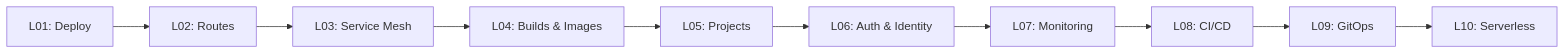
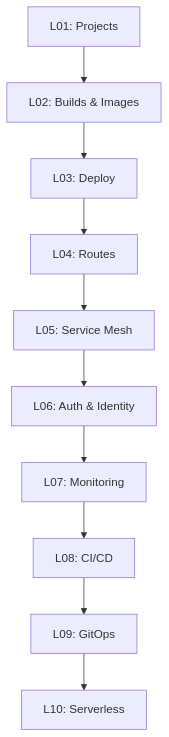
Before and after one commit to lukaskellerstein/openshift-tutorial: the diagram in README.md, drawn with Mermaid. The commit also changed other lines of this file and 129 other files, not shown here.

````diff
--- a/README.md
+++ b/README.md
@@ -21,12 +21,12 @@
 ```mermaid
-graph LR
-    L01[L01: Deploy] --> L02[L02: Routes]
-    L02 --> L03[L03: Service Mesh]
-    L03 --> L04[L04: Builds & Images]
-    L04 --> L05[L05: Projects]
+graph TD
+    L01[L01: Projects] --> L02[L02: Builds & Images]
+    L02 --> L03[L03: Deploy]
+    L03 --> L04[L04: Routes]
+    L04 --> L05[L05: Service Mesh]
     L05 --> L06[L06: Auth & Identity]
     L06 --> L07[L07: Monitoring]
     L07 --> L08[L08: CI/CD]
     L08 --> L09[L09: GitOps]
     L09 --> L10[L10: Serverless]
 ```
````
